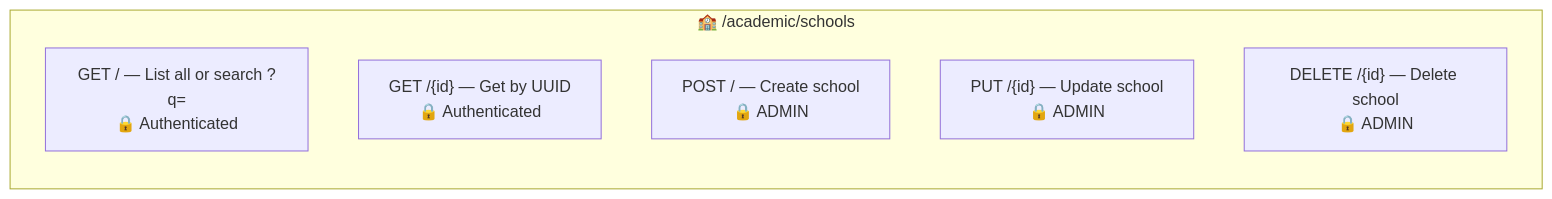
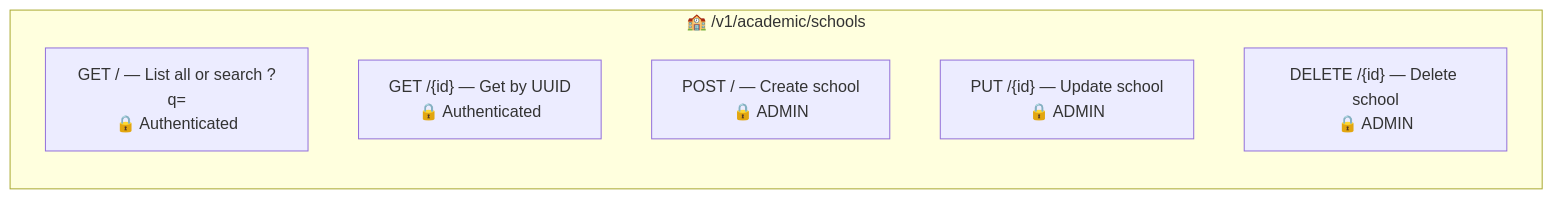
Before and after one commit to Plataforma-Universidade-Gratuita/pug-service: the second of 6 diagrams in src/main/java/br/org/catolicasc/pug/academic/README.md, drawn with Mermaid. The commit also changed other lines of this file and 137 other files, not shown here.

````diff
--- a/src/main/java/br/org/catolicasc/pug/academic/README.md
+++ b/src/main/java/br/org/catolicasc/pug/academic/README.md
@@ -91,11 +91,11 @@
 ```mermaid
 graph LR
-    subgraph Schools["🏫 /academic/schools"]
+    subgraph Schools["🏫 /v1/academic/schools"]
         direction TB
         GET_LIST["GET / — List all or search ?q=<br/>🔒 Authenticated"]
         GET_ID["GET /{id} — Get by UUID<br/>🔒 Authenticated"]
         POST["POST / — Create school<br/>🔒 ADMIN"]
         PUT["PUT /{id} — Update school<br/>🔒 ADMIN"]
         DELETE["DELETE /{id} — Delete school<br/>🔒 ADMIN"]
     end
 ```
````
